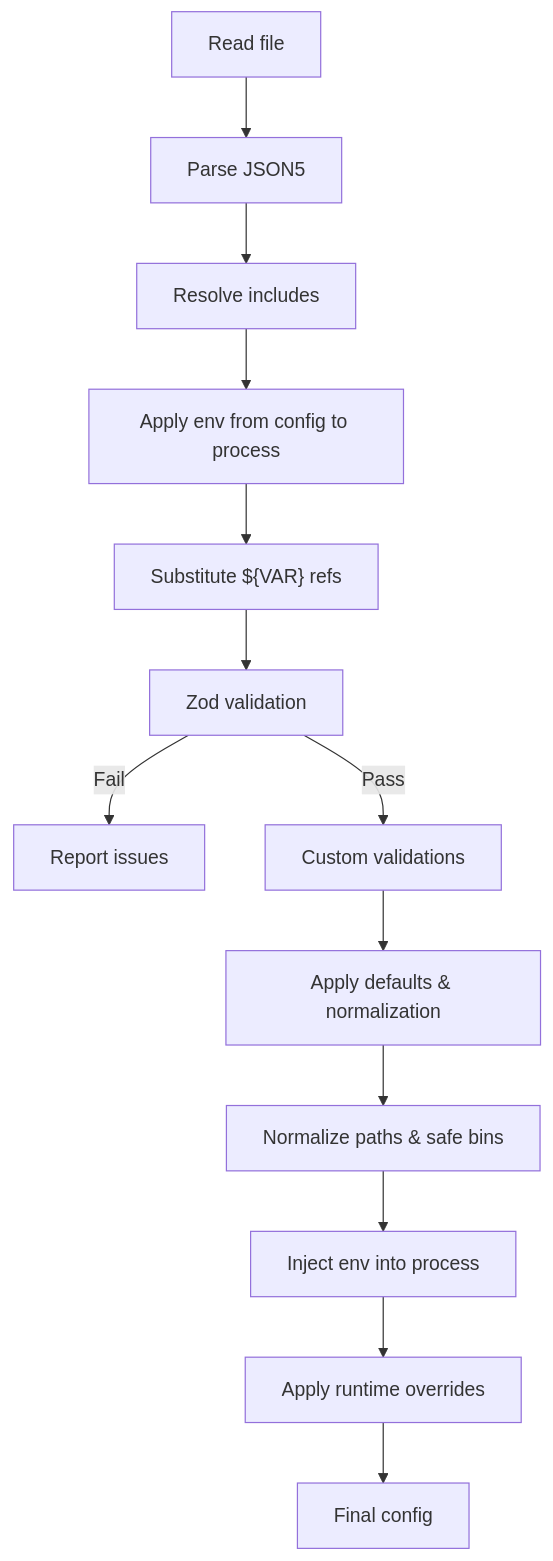
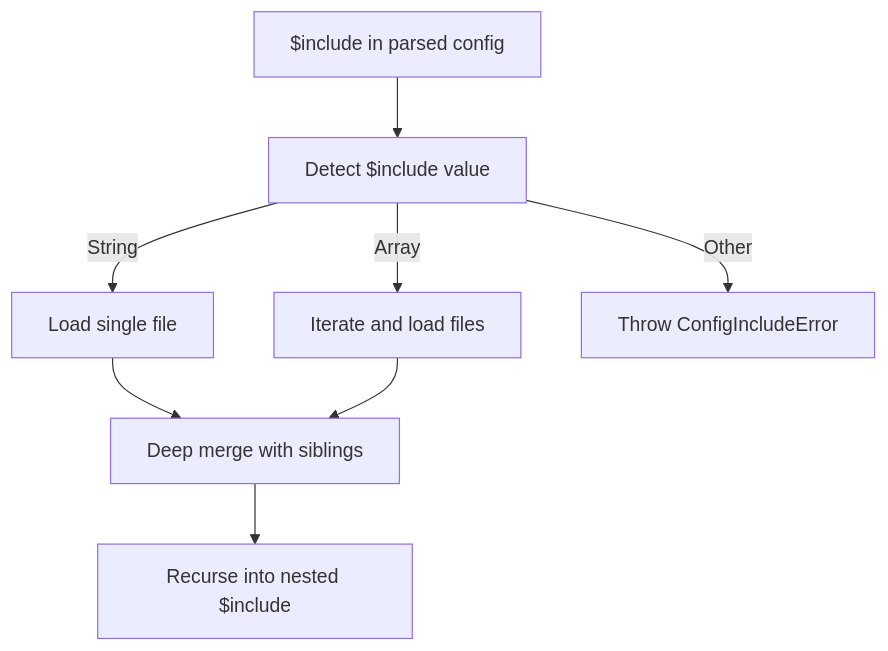
Before and after one commit to botx-work/OpenClaw-Internals: the fourth of 10 diagrams in repowiki/en/content/Configuration Management/Configuration Architecture.md, drawn with Mermaid. The commit also changed other lines of this file and 332 other files, not shown here.

````diff
--- a/repowiki/en/content/Configuration Management/Configuration Architecture.md
+++ b/repowiki/en/content/Configuration Management/Configuration Architecture.md
@@ -167,15 +186,10 @@
 ```mermaid
 flowchart TD
-A["Read file"] --> B["Parse JSON5"]
-B --> C["Resolve includes"]
-C --> D["Apply env from config to process"]
-D --> E["Substitute ${VAR} refs"]
-E --> F["Zod validation"]
-F --> |Fail| G["Report issues"]
-F --> |Pass| H["Custom validations"]
-H --> I["Apply defaults & normalization"]
-I --> J["Normalize paths & safe bins"]
-J --> K["Inject env into process"]
-K --> L["Apply runtime overrides"]
-L --> M["Final config"]
+Parsed["$include in parsed config"] --> Detect["Detect $include value"]
+Detect --> |String| LoadOne["Load single file"]
+Detect --> |Array| LoadMany["Iterate and load files"]
+Detect --> |Other| Error["Throw ConfigIncludeError"]
+LoadOne --> Merge["Deep merge with siblings"]
+LoadMany --> Merge
+Merge --> Recurse["Recurse into nested $include"]
 ```
````
